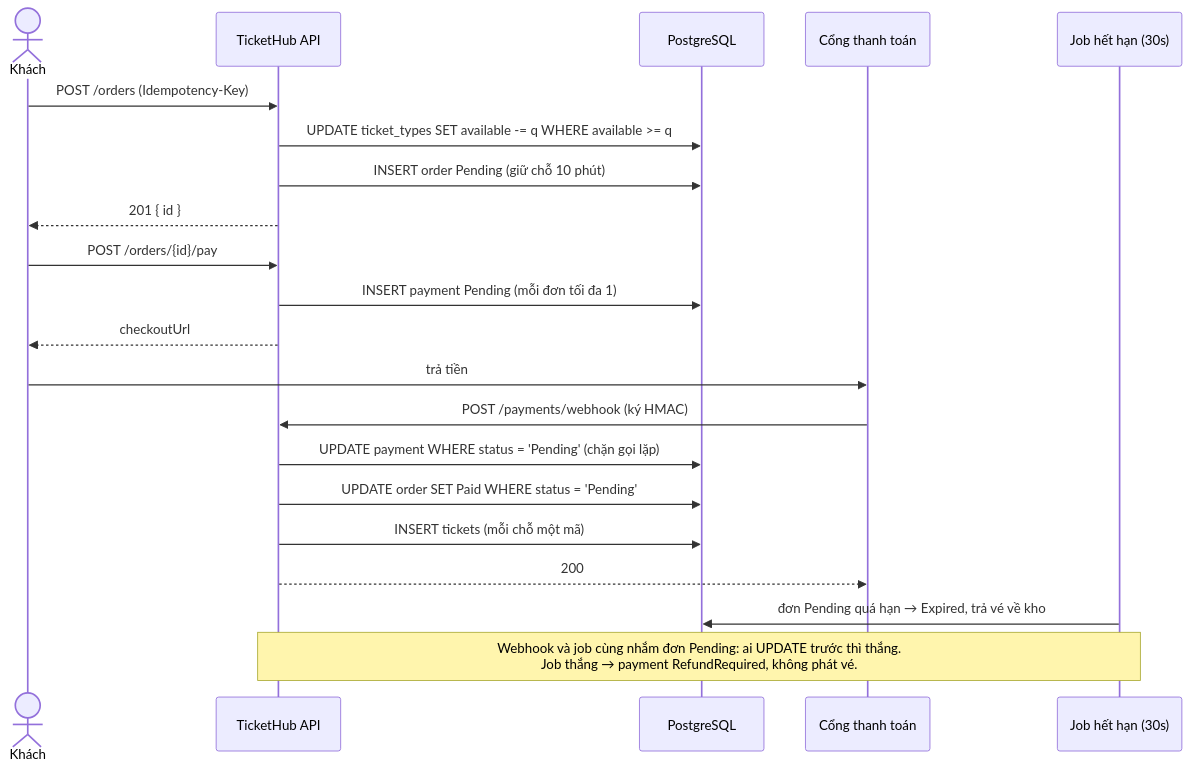
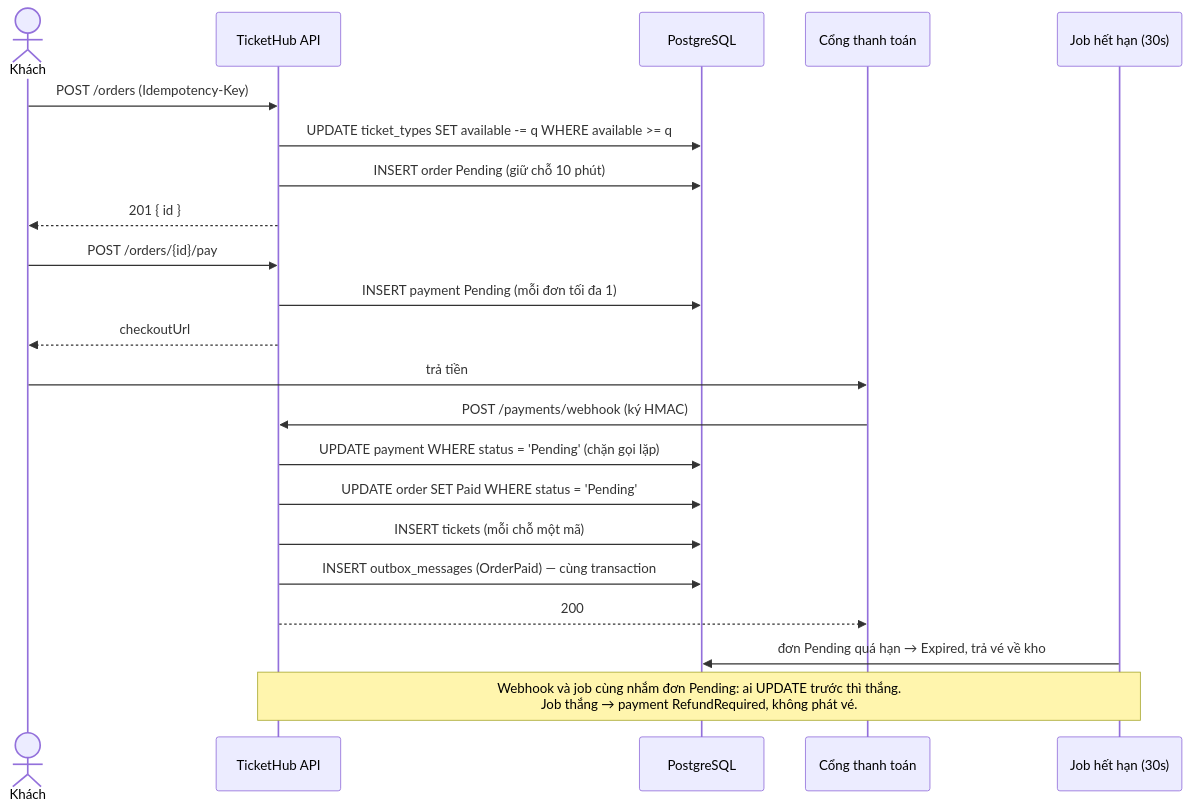
The first of 3 diagrams in README.md (XuanThai18/TicketHub), drawn with Mermaid before and after one commit. The commit also changed other lines of this file and 2 other files, not shown here.

First line of the commit message:
Document the ticket email outbox, retries and how to try them

````diff
--- a/README.md
+++ b/README.md
@@ -29,27 +31,28 @@
 ```mermaid
 sequenceDiagram
     actor U as Khách
     participant API as TicketHub API
     participant DB as PostgreSQL
     participant G as Cổng thanh toán
     participant J as Job hết hạn (30s)
 
     U->>API: POST /orders (Idempotency-Key)
     API->>DB: UPDATE ticket_types SET available -= q WHERE available >= q
     API->>DB: INSERT order Pending (giữ chỗ 10 phút)
     API-->>U: 201 { id }
 
     U->>API: POST /orders/{id}/pay
     API->>DB: INSERT payment Pending (mỗi đơn tối đa 1)
     API-->>U: checkoutUrl
     U->>G: trả tiền
 
     G->>API: POST /payments/webhook (ký HMAC)
     API->>DB: UPDATE payment WHERE status = 'Pending'  (chặn gọi lặp)
     API->>DB: UPDATE order SET Paid WHERE status = 'Pending'
     API->>DB: INSERT tickets (mỗi chỗ một mã)
+    API->>DB: INSERT outbox_messages (OrderPaid) — cùng transaction
     API-->>G: 200
 
     J->>DB: đơn Pending quá hạn → Expired, trả vé về kho
     Note over API,J: Webhook và job cùng nhắm đơn Pending: ai UPDATE trước thì thắng.<br/>Job thắng → payment RefundRequired, không phát vé.
 ```
````
